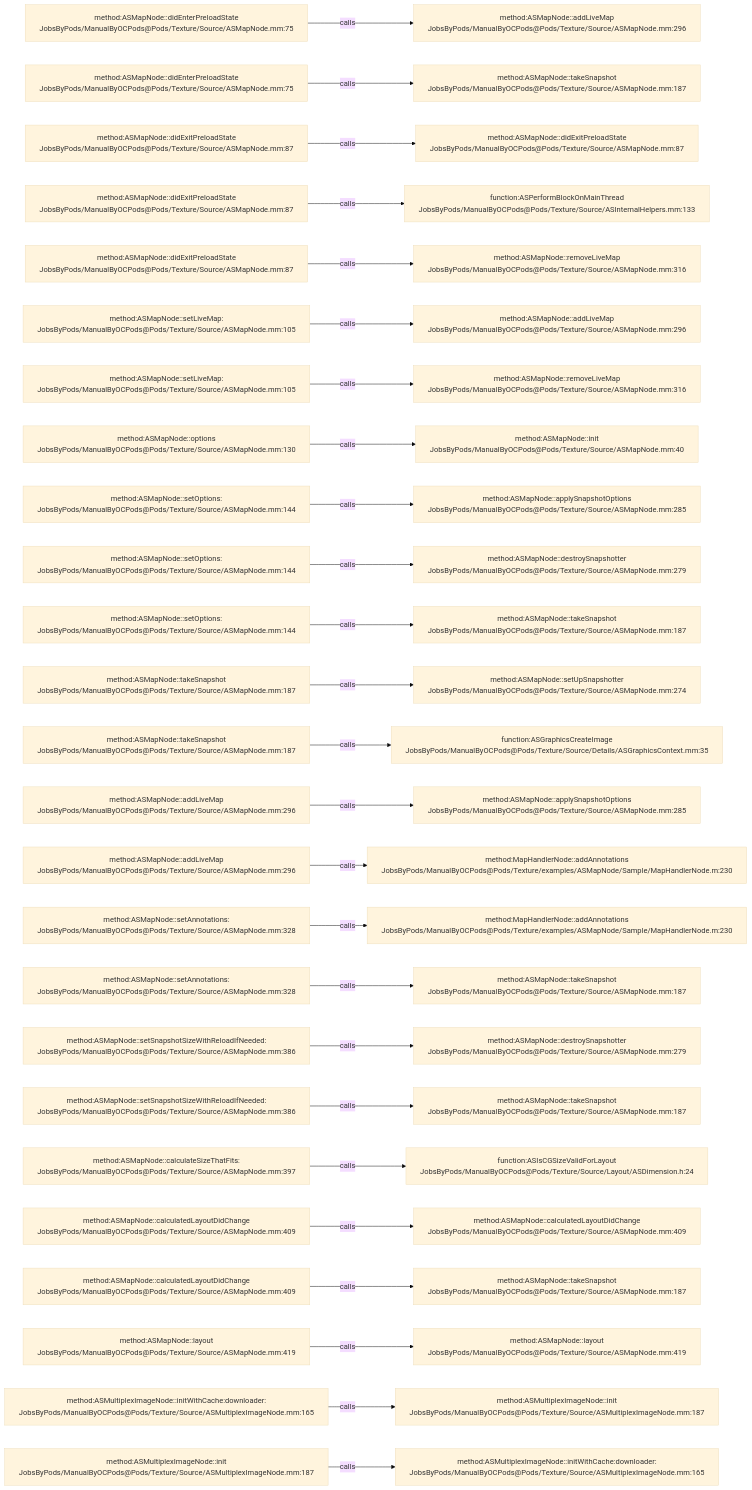
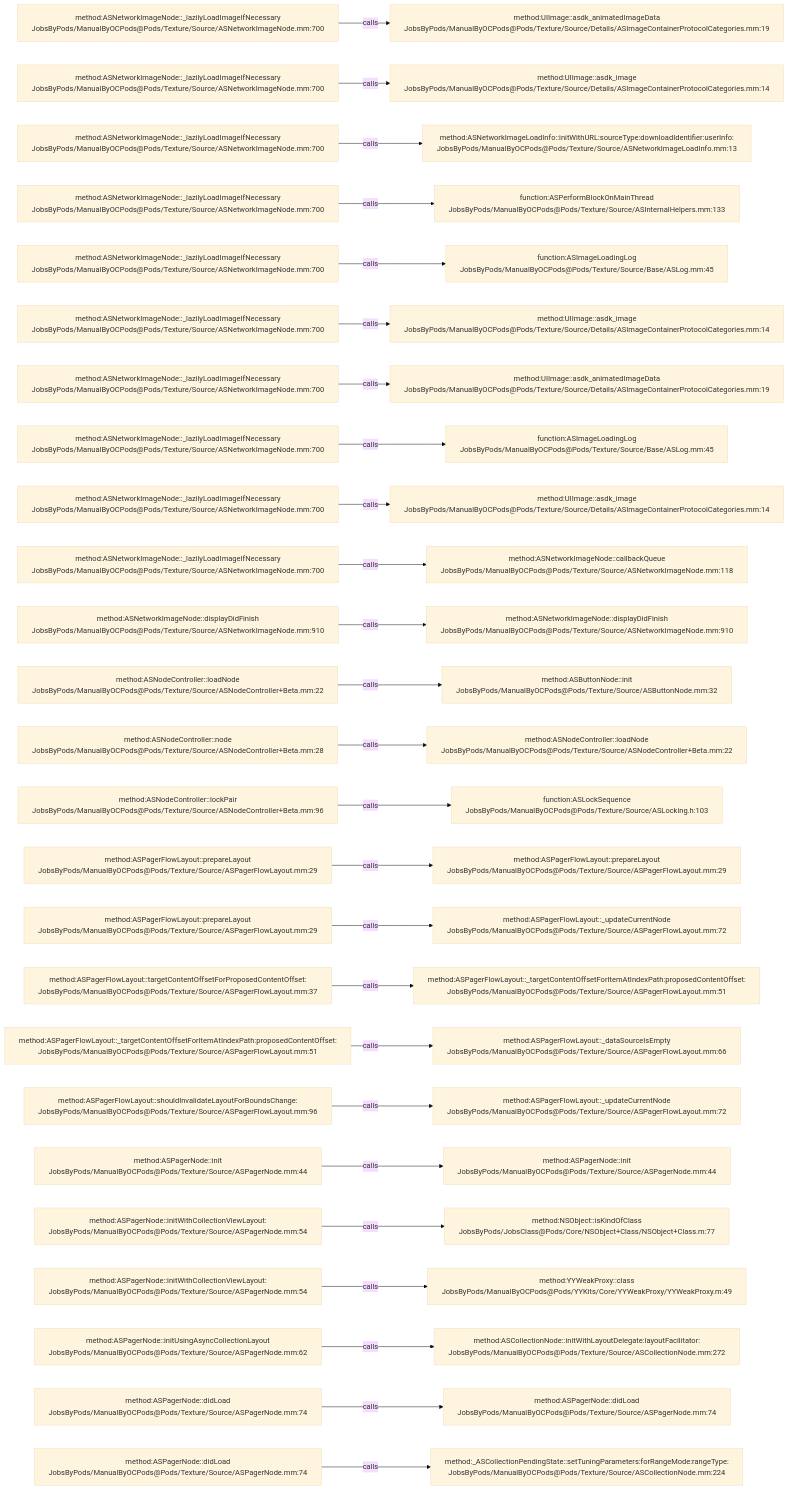
The diagram in .codegraph/codegraph.md/graphs/calls-121.md (JobsKits/JobsOCBaseConfigDemo), drawn with Mermaid (base theme) before and after one commit. The commit also changed 1223 other files, not shown here.

````diff
--- a/.codegraph/codegraph.md/graphs/calls-121.md
+++ b/.codegraph/codegraph.md/graphs/calls-121.md
@@ -13,78 +13,78 @@
 ```mermaid
 flowchart LR
-  S1["method:ASMapNode::didEnterPreloadState<br/>JobsByPods/ManualByOCPods@Pods/Texture/Source/ASMapNode.mm:75"]
-  T1["method:ASMapNode::addLiveMap<br/>JobsByPods/ManualByOCPods@Pods/Texture/Source/ASMapNode.mm:296"]
+  S1["method:ASNetworkImageNode::_lazilyLoadImageIfNecessary<br/>JobsByPods/ManualByOCPods@Pods/Texture/Source/ASNetworkImageNode.mm:700"]
+  T1["method:UIImage::asdk_animatedImageData<br/>JobsByPods/ManualByOCPods@Pods/Texture/Source/Details/ASImageContainerProtocolCategories.mm:19"]
   S1 -->|calls| T1
-  S2["method:ASMapNode::didEnterPreloadState<br/>JobsByPods/ManualByOCPods@Pods/Texture/Source/ASMapNode.mm:75"]
-  T2["method:ASMapNode::takeSnapshot<br/>JobsByPods/ManualByOCPods@Pods/Texture/Source/ASMapNode.mm:187"]
+  S2["method:ASNetworkImageNode::_lazilyLoadImageIfNecessary<br/>JobsByPods/ManualByOCPods@Pods/Texture/Source/ASNetworkImageNode.mm:700"]
+  T2["method:UIImage::asdk_image<br/>JobsByPods/ManualByOCPods@Pods/Texture/Source/Details/ASImageContainerProtocolCategories.mm:14"]
   S2 -->|calls| T2
-  S3["method:ASMapNode::didExitPreloadState<br/>JobsByPods/ManualByOCPods@Pods/Texture/Source/ASMapNode.mm:87"]
-  T3["method:ASMapNode::didExitPreloadState<br/>JobsByPods/ManualByOCPods@Pods/Texture/Source/ASMapNode.mm:87"]
+  S3["method:ASNetworkImageNode::_lazilyLoadImageIfNecessary<br/>JobsByPods/ManualByOCPods@Pods/Texture/Source/ASNetworkImageNode.mm:700"]
+  T3["method:ASNetworkImageLoadInfo::initWithURL:sourceType:downloadIdentifier:userInfo:<br/>JobsByPods/ManualByOCPods@Pods/Texture/Source/ASNetworkImageLoadInfo.mm:13"]
   S3 -->|calls| T3
-  S4["method:ASMapNode::didExitPreloadState<br/>JobsByPods/ManualByOCPods@Pods/Texture/Source/ASMapNode.mm:87"]
+  S4["method:ASNetworkImageNode::_lazilyLoadImageIfNecessary<br/>JobsByPods/ManualByOCPods@Pods/Texture/Source/ASNetworkImageNode.mm:700"]
   T4["function:ASPerformBlockOnMainThread<br/>JobsByPods/ManualByOCPods@Pods/Texture/Source/ASInternalHelpers.mm:133"]
   S4 -->|calls| T4
-  S5["method:ASMapNode::didExitPreloadState<br/>JobsByPods/ManualByOCPods@Pods/Texture/Source/ASMapNode.mm:87"]
-  T5["method:ASMapNode::removeLiveMap<br/>JobsByPods/ManualByOCPods@Pods/Texture/Source/ASMapNode.mm:316"]
+  S5["method:ASNetworkImageNode::_lazilyLoadImageIfNecessary<br/>JobsByPods/ManualByOCPods@Pods/Texture/Source/ASNetworkImageNode.mm:700"]
+  T5["function:ASImageLoadingLog<br/>JobsByPods/ManualByOCPods@Pods/Texture/Source/Base/ASLog.mm:45"]
   S5 -->|calls| T5
-  S6["method:ASMapNode::setLiveMap:<br/>JobsByPods/ManualByOCPods@Pods/Texture/Source/ASMapNode.mm:105"]
-  T6["method:ASMapNode::addLiveMap<br/>JobsByPods/ManualByOCPods@Pods/Texture/Source/ASMapNode.mm:296"]
+  S6["method:ASNetworkImageNode::_lazilyLoadImageIfNecessary<br/>JobsByPods/ManualByOCPods@Pods/Texture/Source/ASNetworkImageNode.mm:700"]
+  T6["method:UIImage::asdk_image<br/>JobsByPods/ManualByOCPods@Pods/Texture/Source/Details/ASImageContainerProtocolCategories.mm:14"]
   S6 -->|calls| T6
-  S7["method:ASMapNode::setLiveMap:<br/>JobsByPods/ManualByOCPods@Pods/Texture/Source/ASMapNode.mm:105"]
-  T7["method:ASMapNode::removeLiveMap<br/>JobsByPods/ManualByOCPods@Pods/Texture/Source/ASMapNode.mm:316"]
+  S7["method:ASNetworkImageNode::_lazilyLoadImageIfNecessary<br/>JobsByPods/ManualByOCPods@Pods/Texture/Source/ASNetworkImageNode.mm:700"]
+  T7["method:UIImage::asdk_animatedImageData<br/>JobsByPods/ManualByOCPods@Pods/Texture/Source/Details/ASImageContainerProtocolCategories.mm:19"]
   S7 -->|calls| T7
-  S8["method:ASMapNode::options<br/>JobsByPods/ManualByOCPods@Pods/Texture/Source/ASMapNode.mm:130"]
-  T8["method:ASMapNode::init<br/>JobsByPods/ManualByOCPods@Pods/Texture/Source/ASMapNode.mm:40"]
+  S8["method:ASNetworkImageNode::_lazilyLoadImageIfNecessary<br/>JobsByPods/ManualByOCPods@Pods/Texture/Source/ASNetworkImageNode.mm:700"]
+  T8["function:ASImageLoadingLog<br/>JobsByPods/ManualByOCPods@Pods/Texture/Source/Base/ASLog.mm:45"]
   S8 -->|calls| T8
-  S9["method:ASMapNode::setOptions:<br/>JobsByPods/ManualByOCPods@Pods/Texture/Source/ASMapNode.mm:144"]
-  T9["method:ASMapNode::applySnapshotOptions<br/>JobsByPods/ManualByOCPods@Pods/Texture/Source/ASMapNode.mm:285"]
+  S9["method:ASNetworkImageNode::_lazilyLoadImageIfNecessary<br/>JobsByPods/ManualByOCPods@Pods/Texture/Source/ASNetworkImageNode.mm:700"]
+  T9["method:UIImage::asdk_image<br/>JobsByPods/ManualByOCPods@Pods/Texture/Source/Details/ASImageContainerProtocolCategories.mm:14"]
   S9 -->|calls| T9
-  S10["method:ASMapNode::setOptions:<br/>JobsByPods/ManualByOCPods@Pods/Texture/Source/ASMapNode.mm:144"]
-  T10["method:ASMapNode::destroySnapshotter<br/>JobsByPods/ManualByOCPods@Pods/Texture/Source/ASMapNode.mm:279"]
+  S10["method:ASNetworkImageNode::_lazilyLoadImageIfNecessary<br/>JobsByPods/ManualByOCPods@Pods/Texture/Source/ASNetworkImageNode.mm:700"]
+  T10["method:ASNetworkImageNode::callbackQueue<br/>JobsByPods/ManualByOCPods@Pods/Texture/Source/ASNetworkImageNode.mm:118"]
   S10 -->|calls| T10
-  S11["method:ASMapNode::setOptions:<br/>JobsByPods/ManualByOCPods@Pods/Texture/Source/ASMapNode.mm:144"]
-  T11["method:ASMapNode::takeSnapshot<br/>JobsByPods/ManualByOCPods@Pods/Texture/Source/ASMapNode.mm:187"]
+  S11["method:ASNetworkImageNode::displayDidFinish<br/>JobsByPods/ManualByOCPods@Pods/Texture/Source/ASNetworkImageNode.mm:910"]
+  T11["method:ASNetworkImageNode::displayDidFinish<br/>JobsByPods/ManualByOCPods@Pods/Texture/Source/ASNetworkImageNode.mm:910"]
   S11 -->|calls| T11
-  S12["method:ASMapNode::takeSnapshot<br/>JobsByPods/ManualByOCPods@Pods/Texture/Source/ASMapNode.mm:187"]
-  T12["method:ASMapNode::setUpSnapshotter<br/>JobsByPods/ManualByOCPods@Pods/Texture/Source/ASMapNode.mm:274"]
+  S12["method:ASNodeController::loadNode<br/>JobsByPods/ManualByOCPods@Pods/Texture/Source/ASNodeController+Beta.mm:22"]
+  T12["method:ASButtonNode::init<br/>JobsByPods/ManualByOCPods@Pods/Texture/Source/ASButtonNode.mm:32"]
   S12 -->|calls| T12
-  S13["method:ASMapNode::takeSnapshot<br/>JobsByPods/ManualByOCPods@Pods/Texture/Source/ASMapNode.mm:187"]
-  T13["function:ASGraphicsCreateImage<br/>JobsByPods/ManualByOCPods@Pods/Texture/Source/Details/ASGraphicsContext.mm:35"]
+  S13["method:ASNodeController::node<br/>JobsByPods/ManualByOCPods@Pods/Texture/Source/ASNodeController+Beta.mm:28"]
+  T13["method:ASNodeController::loadNode<br/>JobsByPods/ManualByOCPods@Pods/Texture/Source/ASNodeController+Beta.mm:22"]
   S13 -->|calls| T13
-  S14["method:ASMapNode::addLiveMap<br/>JobsByPods/ManualByOCPods@Pods/Texture/Source/ASMapNode.mm:296"]
-  T14["method:ASMapNode::applySnapshotOptions<br/>JobsByPods/ManualByOCPods@Pods/Texture/Source/ASMapNode.mm:285"]
+  S14["method:ASNodeController::lockPair<br/>JobsByPods/ManualByOCPods@Pods/Texture/Source/ASNodeController+Beta.mm:96"]
+  T14["function:ASLockSequence<br/>JobsByPods/ManualByOCPods@Pods/Texture/Source/ASLocking.h:103"]
   S14 -->|calls| T14
-  S15["method:ASMapNode::addLiveMap<br/>JobsByPods/ManualByOCPods@Pods/Texture/Source/ASMapNode.mm:296"]
-  T15["method:MapHandlerNode::addAnnotations<br/>JobsByPods/ManualByOCPods@Pods/Texture/examples/ASMapNode/Sample/MapHandlerNode.m:230"]
+  S15["method:ASPagerFlowLayout::prepareLayout<br/>JobsByPods/ManualByOCPods@Pods/Texture/Source/ASPagerFlowLayout.mm:29"]
+  T15["method:ASPagerFlowLayout::prepareLayout<br/>JobsByPods/ManualByOCPods@Pods/Texture/Source/ASPagerFlowLayout.mm:29"]
   S15 -->|calls| T15
-  S16["method:ASMapNode::setAnnotations:<br/>JobsByPods/ManualByOCPods@Pods/Texture/Source/ASMapNode.mm:328"]
-  T16["method:MapHandlerNode::addAnnotations<br/>JobsByPods/ManualByOCPods@Pods/Texture/examples/ASMapNode/Sample/MapHandlerNode.m:230"]
+  S16["method:ASPagerFlowLayout::prepareLayout<br/>JobsByPods/ManualByOCPods@Pods/Texture/Source/ASPagerFlowLayout.mm:29"]
+  T16["method:ASPagerFlowLayout::_updateCurrentNode<br/>JobsByPods/ManualByOCPods@Pods/Texture/Source/ASPagerFlowLayout.mm:72"]
   S16 -->|calls| T16
-  S17["method:ASMapNode::setAnnotations:<br/>JobsByPods/ManualByOCPods@Pods/Texture/Source/ASMapNode.mm:328"]
-  T17["method:ASMapNode::takeSnapshot<br/>JobsByPods/ManualByOCPods@Pods/Texture/Source/ASMapNode.mm:187"]
+  S17["method:ASPagerFlowLayout::targetContentOffsetForProposedContentOffset:<br/>JobsByPods/ManualByOCPods@Pods/Texture/Source/ASPagerFlowLayout.mm:37"]
+  T17["method:ASPagerFlowLayout::_targetContentOffsetForItemAtIndexPath:proposedContentOffset:<br/>JobsByPods/ManualByOCPods@Pods/Texture/Source/ASPagerFlowLayout.mm:51"]
   S17 -->|calls| T17
-  S18["method:ASMapNode::setSnapshotSizeWithReloadIfNeeded:<br/>JobsByPods/ManualByOCPods@Pods/Texture/Source/ASMapNode.mm:386"]
-  T18["method:ASMapNode::destroySnapshotter<br/>JobsByPods/ManualByOCPods@Pods/Texture/Source/ASMapNode.mm:279"]
+  S18["method:ASPagerFlowLayout::_targetContentOffsetForItemAtIndexPath:proposedContentOffset:<br/>JobsByPods/ManualByOCPods@Pods/Texture/Source/ASPagerFlowLayout.mm:51"]
+  T18["method:ASPagerFlowLayout::_dataSourceIsEmpty<br/>JobsByPods/ManualByOCPods@Pods/Texture/Source/ASPagerFlowLayout.mm:66"]
   S18 -->|calls| T18
-  S19["method:ASMapNode::setSnapshotSizeWithReloadIfNeeded:<br/>JobsByPods/ManualByOCPods@Pods/Texture/Source/ASMapNode.mm:386"]
-  T19["method:ASMapNode::takeSnapshot<br/>JobsByPods/ManualByOCPods@Pods/Texture/Source/ASMapNode.mm:187"]
+  S19["method:ASPagerFlowLayout::shouldInvalidateLayoutForBoundsChange:<br/>JobsByPods/ManualByOCPods@Pods/Texture/Source/ASPagerFlowLayout.mm:96"]
+  T19["method:ASPagerFlowLayout::_updateCurrentNode<br/>JobsByPods/ManualByOCPods@Pods/Texture/Source/ASPagerFlowLayout.mm:72"]
   S19 -->|calls| T19
-  S20["method:ASMapNode::calculateSizeThatFits:<br/>JobsByPods/ManualByOCPods@Pods/Texture/Source/ASMapNode.mm:397"]
-  T20["function:ASIsCGSizeValidForLayout<br/>JobsByPods/ManualByOCPods@Pods/Texture/Source/Layout/ASDimension.h:24"]
+  S20["method:ASPagerNode::init<br/>JobsByPods/ManualByOCPods@Pods/Texture/Source/ASPagerNode.mm:44"]
+  T20["method:ASPagerNode::init<br/>JobsByPods/ManualByOCPods@Pods/Texture/Source/ASPagerNode.mm:44"]
   S20 -->|calls| T20
-  S21["method:ASMapNode::calculatedLayoutDidChange<br/>JobsByPods/ManualByOCPods@Pods/Texture/Source/ASMapNode.mm:409"]
-  T21["method:ASMapNode::calculatedLayoutDidChange<br/>JobsByPods/ManualByOCPods@Pods/Texture/Source/ASMapNode.mm:409"]
+  S21["method:ASPagerNode::initWithCollectionViewLayout:<br/>JobsByPods/ManualByOCPods@Pods/Texture/Source/ASPagerNode.mm:54"]
+  T21["method:NSObject::isKindOfClass<br/>JobsByPods/JobsClass@Pods/Core/NSObject+Class/NSObject+Class.m:77"]
   S21 -->|calls| T21
-  S22["method:ASMapNode::calculatedLayoutDidChange<br/>JobsByPods/ManualByOCPods@Pods/Texture/Source/ASMapNode.mm:409"]
-  T22["method:ASMapNode::takeSnapshot<br/>JobsByPods/ManualByOCPods@Pods/Texture/Source/ASMapNode.mm:187"]
+  S22["method:ASPagerNode::initWithCollectionViewLayout:<br/>JobsByPods/ManualByOCPods@Pods/Texture/Source/ASPagerNode.mm:54"]
+  T22["method:YYWeakProxy::class<br/>JobsByPods/ManualByOCPods@Pods/YYKits/Core/YYWeakProxy/YYWeakProxy.m:49"]
   S22 -->|calls| T22
-  S23["method:ASMapNode::layout<br/>JobsByPods/ManualByOCPods@Pods/Texture/Source/ASMapNode.mm:419"]
-  T23["method:ASMapNode::layout<br/>JobsByPods/ManualByOCPods@Pods/Texture/Source/ASMapNode.mm:419"]
+  S23["method:ASPagerNode::initUsingAsyncCollectionLayout<br/>JobsByPods/ManualByOCPods@Pods/Texture/Source/ASPagerNode.mm:62"]
+  T23["method:ASCollectionNode::initWithLayoutDelegate:layoutFacilitator:<br/>JobsByPods/ManualByOCPods@Pods/Texture/Source/ASCollectionNode.mm:272"]
   S23 -->|calls| T23
-  S24["method:ASMultiplexImageNode::initWithCache:downloader:<br/>JobsByPods/ManualByOCPods@Pods/Texture/Source/ASMultiplexImageNode.mm:165"]
-  T24["method:ASMultiplexImageNode::init<br/>JobsByPods/ManualByOCPods@Pods/Texture/Source/ASMultiplexImageNode.mm:187"]
+  S24["method:ASPagerNode::didLoad<br/>JobsByPods/ManualByOCPods@Pods/Texture/Source/ASPagerNode.mm:74"]
+  T24["method:ASPagerNode::didLoad<br/>JobsByPods/ManualByOCPods@Pods/Texture/Source/ASPagerNode.mm:74"]
   S24 -->|calls| T24
-  S25["method:ASMultiplexImageNode::init<br/>JobsByPods/ManualByOCPods@Pods/Texture/Source/ASMultiplexImageNode.mm:187"]
-  T25["method:ASMultiplexImageNode::initWithCache:downloader:<br/>JobsByPods/ManualByOCPods@Pods/Texture/Source/ASMultiplexImageNode.mm:165"]
+  S25["method:ASPagerNode::didLoad<br/>JobsByPods/ManualByOCPods@Pods/Texture/Source/ASPagerNode.mm:74"]
+  T25["method:_ASCollectionPendingState::setTuningParameters:forRangeMode:rangeType:<br/>JobsByPods/ManualByOCPods@Pods/Texture/Source/ASCollectionNode.mm:224"]
   S25 -->|calls| T25
 ```
````
